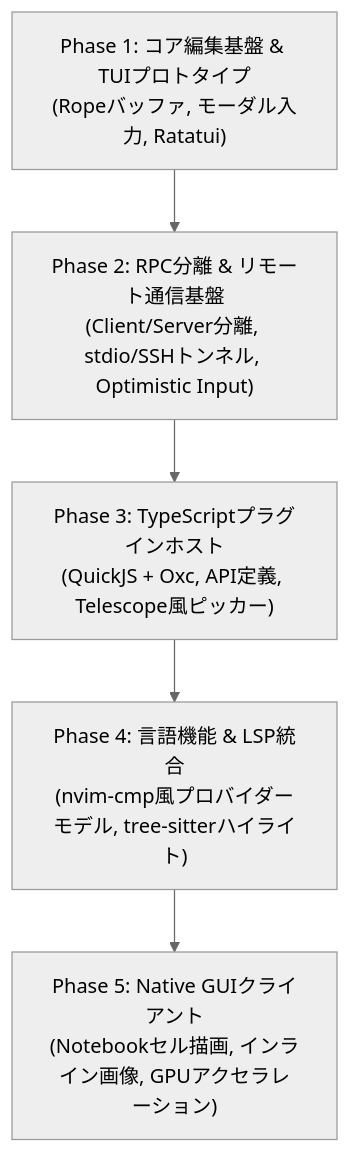
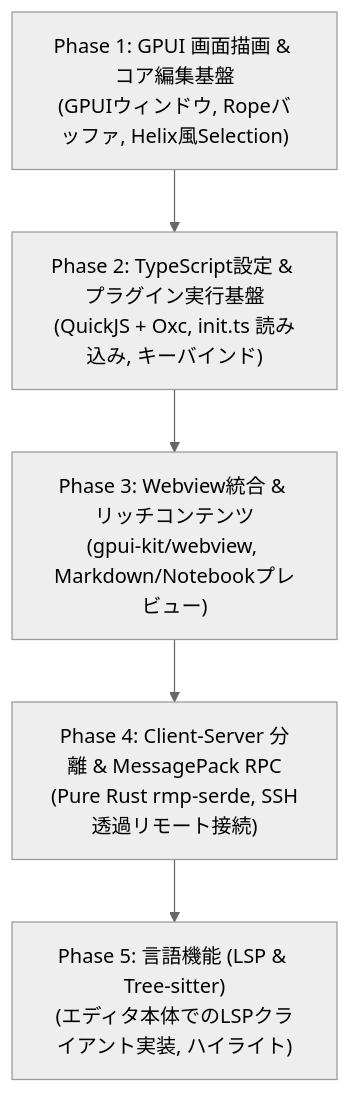
The diagram in docs/roadmap.md (nazo6/vy), drawn with Mermaid (neutral theme) before and after one commit. The commit also changed other lines of this file and 4 other files, not shown here.

Commit message:
Update docs: Adopt GPUI + gpui-kit/webview, TS frontend init.ts, Helix-style selection, and Pure Rust MessagePack RPC

````diff
--- a/docs/roadmap.md
+++ b/docs/roadmap.md
@@ -9,10 +9,10 @@
 ```mermaid
 flowchart TD
-    P1["Phase 1: コア編集基盤 & TUIプロトタイプ\n(Ropeバッファ, モーダル入力, Ratatui)"]
-    P2["Phase 2: RPC分離 & リモート通信基盤\n(Client/Server分離, stdio/SSHトンネル, Optimistic Input)"]
-    P3["Phase 3: TypeScriptプラグインホスト\n(QuickJS + Oxc, API定義, Telescope風ピッカー)"]
-    P4["Phase 4: 言語機能 & LSP統合\n(nvim-cmp風プロバイダーモデル, tree-sitterハイライト)"]
-    P5["Phase 5: Native GUIクライアント\n(Notebookセル描画, インライン画像, GPUアクセラレーション)"]
+    P1["Phase 1: GPUI 画面描画 & コア編集基盤\n(GPUIウィンドウ, Ropeバッファ, Helix風Selection)"]
+    P2["Phase 2: TypeScript設定 & プラグイン実行基盤\n(QuickJS + Oxc, init.ts 読み込み, キーバインド)"]
+    P3["Phase 3: Webview統合 & リッチコンテンツ\n(gpui-kit/webview, Markdown/Notebookプレビュー)"]
+    P4["Phase 4: Client-Server 分離 & MessagePack RPC\n(Pure Rust rmp-serde, SSH透過リモート接続)"]
+    P5["Phase 5: 言語機能 (LSP & Tree-sitter)\n(エディタ本体でのLSPクライアント実装, ハイライト)"]
 
     P1 --> P2 --> P3 --> P4 --> P5
 ```
````
